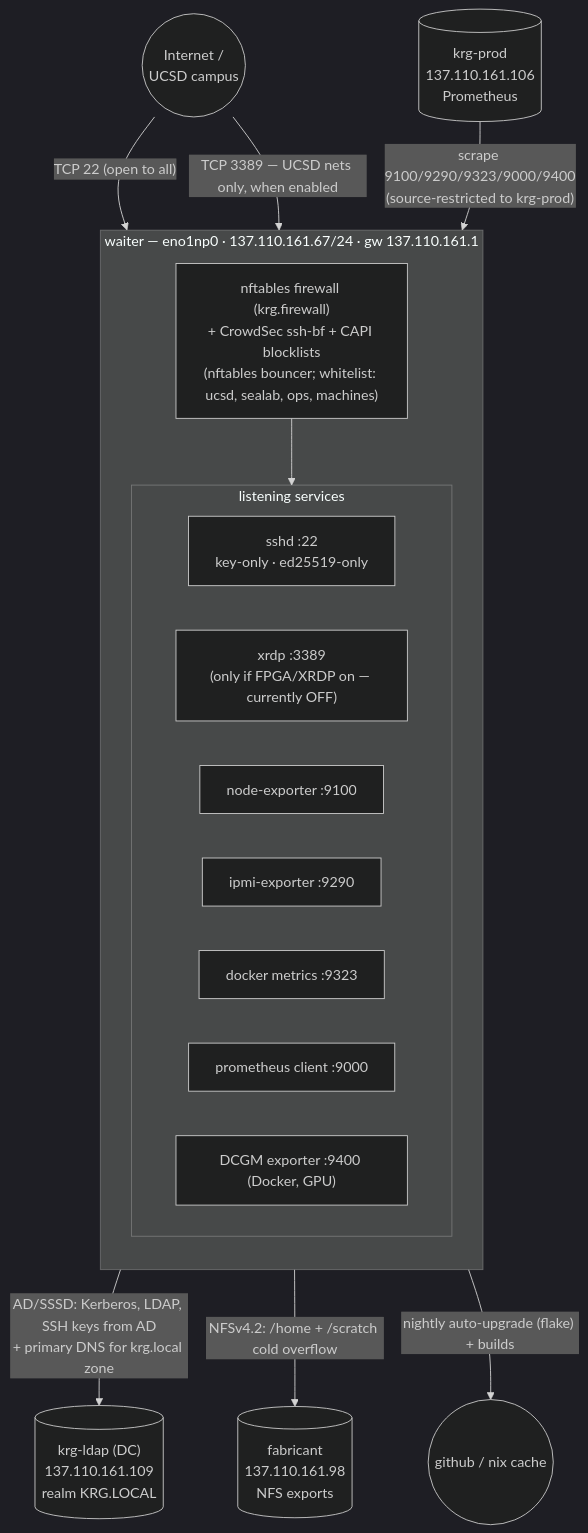
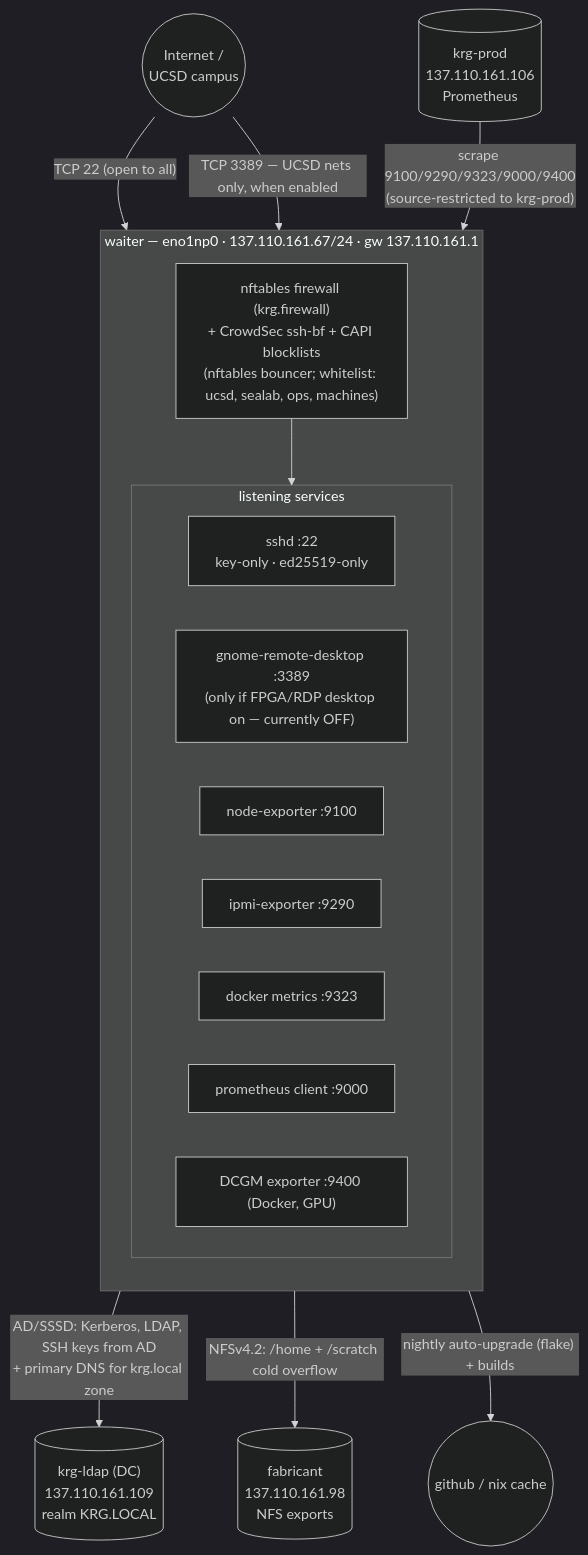
The third of 3 diagrams in docs/waiter-topology.md (KastnerRG/krg-infra), drawn with Mermaid (dark theme) before and after one commit. The commit also changed 8 other files, not shown here.

````diff
--- a/docs/waiter-topology.md
+++ b/docs/waiter-topology.md
@@ -179,33 +179,33 @@
 ```mermaid
 flowchart TB
   net(("Internet /<br/>UCSD campus"))
   mon[("krg-prod<br/>137.110.161.106<br/>Prometheus")]
 
   subgraph wn["waiter — eno1np0 · 137.110.161.67/24 · gw 137.110.161.1"]
     direction TB
     fw["nftables firewall (krg.firewall)<br/>+ CrowdSec ssh-bf + CAPI blocklists<br/>(nftables bouncer; whitelist: ucsd, sealab, ops, machines)"]
     subgraph svcs["listening services"]
       direction LR
       ssh["sshd :22<br/>key-only · ed25519-only"]
-      rdp["xrdp :3389<br/>(only if FPGA/XRDP on — currently OFF)"]
+      rdp["gnome-remote-desktop :3389<br/>(only if FPGA/RDP desktop on — currently OFF)"]
       m_node["node-exporter :9100"]
       m_ipmi["ipmi-exporter :9290"]
       m_dkr["docker metrics :9323"]
       m_cli["prometheus client :9000"]
       m_dcgm["DCGM exporter :9400 (Docker, GPU)"]
     end
   end
 
   ad[("krg-ldap (DC)<br/>137.110.161.109<br/>realm KRG.LOCAL")]
   fab[("fabricant<br/>137.110.161.98<br/>NFS exports")]
   ext(("github / nix cache"))
 
   net -->|"TCP 22 (open to all)"| fw
   net -->|"TCP 3389 — UCSD nets only, when enabled"| fw
   mon -->|"scrape 9100/9290/9323/9000/9400<br/>(source-restricted to krg-prod)"| fw
   fw --> svcs
 
   wn -->|"AD/SSSD: Kerberos, LDAP, SSH keys from AD<br/>+ primary DNS for krg.local zone"| ad
   wn -->|"NFSv4.2: /home + /scratch cold overflow"| fab
   wn -->|"nightly auto-upgrade (flake) + builds"| ext
 ```
````
